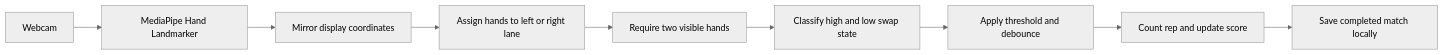
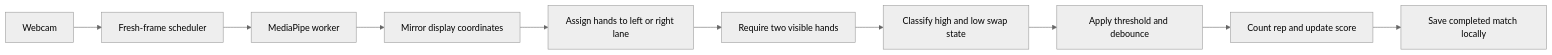
One commit to itsMarchus/67-Duels changed the diagram in README.md. Above: the diagram before and after it, drawn with Mermaid (neutral theme). The commit also changed other lines of this file and 4 other files, not shown here.

````diff
--- a/README.md
+++ b/README.md
@@ -66,11 +67,12 @@
 ```mermaid
 flowchart LR
-    A[Webcam] --> B[MediaPipe Hand Landmarker]
-    B --> C[Mirror display coordinates]
-    C --> D[Assign hands to left or right lane]
-    D --> E[Require two visible hands]
-    E --> F[Classify high and low swap state]
-    F --> G[Apply threshold and debounce]
-    G --> H[Count rep and update score]
-    H --> I[Save completed match locally]
+    A[Webcam] --> B[Fresh-frame scheduler]
+    B --> C[MediaPipe worker]
+    C --> D[Mirror display coordinates]
+    D --> E[Assign hands to left or right lane]
+    E --> F[Require two visible hands]
+    F --> G[Classify high and low swap state]
+    G --> H[Apply threshold and debounce]
+    H --> I[Count rep and update score]
+    I --> J[Save completed match locally]
 ```
````
